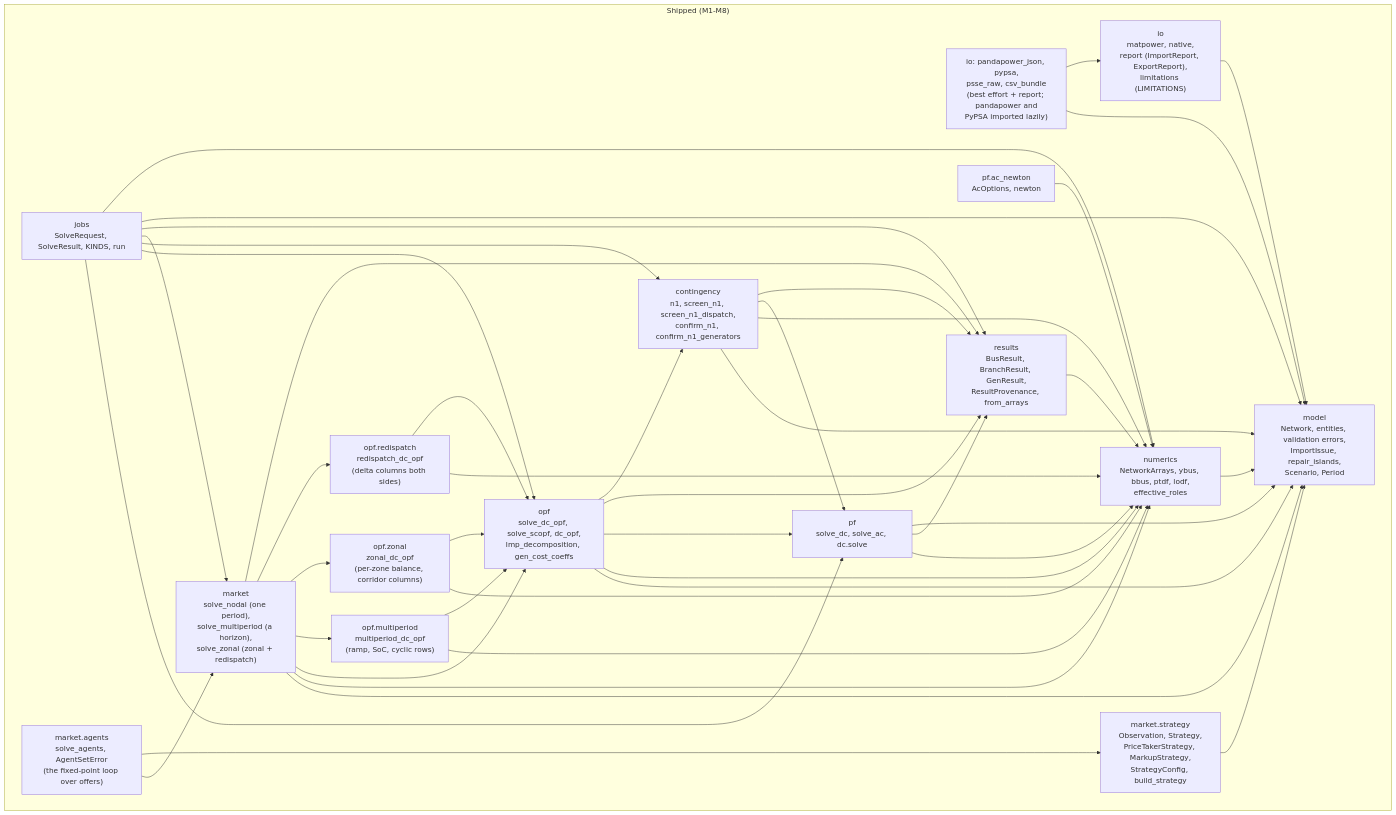
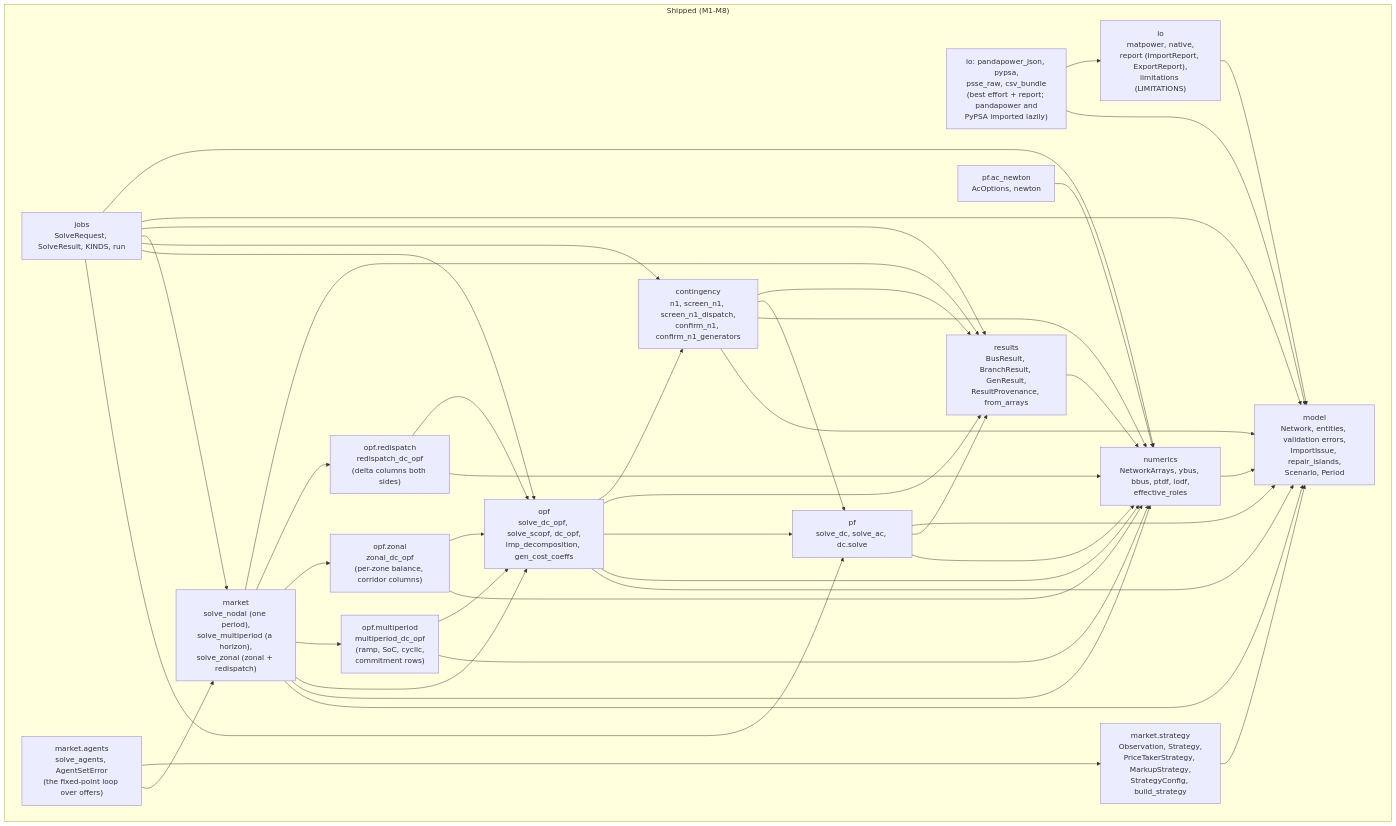
Before and after one commit to mambo10005/mambo-power: the first of 2 diagrams in docs/design/architecture.md, drawn with Mermaid. The commit also changed other lines of this file and 14 other files, not shown here.

````diff
--- a/docs/design/architecture.md
+++ b/docs/design/architecture.md
@@ -13,63 +13,63 @@
 ```mermaid
 flowchart TB
     subgraph present["Shipped (M1-M8)"]
         model["model<br/>Network, entities, validation errors,<br/>ImportIssue, repair_islands,<br/>Scenario, Period"]
         io["io<br/>matpower, native,<br/>report (ImportReport, ExportReport),<br/>limitations (LIMITATIONS)"]
         formats["io: pandapower_json, pypsa,<br/>psse_raw, csv_bundle<br/>(best effort + report; pandapower and<br/>PyPSA imported lazily)"]
         numerics["numerics<br/>NetworkArrays, ybus, bbus, ptdf, lodf,<br/>effective_roles"]
         pf["pf<br/>solve_dc, solve_ac, dc.solve"]
         ac["pf.ac_newton<br/>AcOptions, newton"]
         opf["opf<br/>solve_dc_opf, solve_scopf, dc_opf,<br/>lmp_decomposition, gen_cost_coeffs"]
-        opfmp["opf.multiperiod<br/>multiperiod_dc_opf<br/>(ramp, SoC, cyclic rows)"]
+        opfmp["opf.multiperiod<br/>multiperiod_dc_opf<br/>(ramp, SoC, cyclic,<br/>commitment rows)"]
         opfz["opf.zonal<br/>zonal_dc_opf<br/>(per-zone balance, corridor columns)"]
         opfrd["opf.redispatch<br/>redispatch_dc_opf<br/>(delta columns both sides)"]
         contingency["contingency<br/>n1, screen_n1, screen_n1_dispatch,<br/>confirm_n1, confirm_n1_generators"]
         market["market<br/>solve_nodal (one period),<br/>solve_multiperiod (a horizon),<br/>solve_zonal (zonal + redispatch)"]
         marketstrategy["market.strategy<br/>Observation, Strategy,<br/>PriceTakerStrategy, MarkupStrategy,<br/>StrategyConfig, build_strategy"]
         marketagents["market.agents<br/>solve_agents, AgentSetError<br/>(the fixed-point loop over offers)"]
         results["results<br/>BusResult, BranchResult, GenResult,<br/>ResultProvenance, from_arrays"]
         jobs["jobs<br/>SolveRequest, SolveResult, KINDS, run"]
     end
 
     io --> model
     formats --> model
     formats --> io
     numerics --> model
     pf --> numerics
     pf --> results
     pf --> model
     results --> numerics
     ac --> numerics
     opf --> model
     opf --> numerics
     opf --> pf
     opf --> results
     opf --> contingency
     contingency --> model
     contingency --> numerics
     contingency --> pf
     contingency --> results
     market --> model
     market --> numerics
     market --> opf
     market --> opfmp
     market --> opfz
     market --> opfrd
     market --> results
     marketstrategy --> model
     opfmp --> numerics
     opfmp --> opf
     opfz --> numerics
     opfz --> opf
     opfrd --> numerics
     opfrd --> opf
     jobs --> pf
     jobs --> opf
     jobs --> contingency
     jobs --> market
     jobs --> results
     jobs --> model
     jobs --> numerics
     marketagents --> market
     marketagents --> marketstrategy
 ```
````
